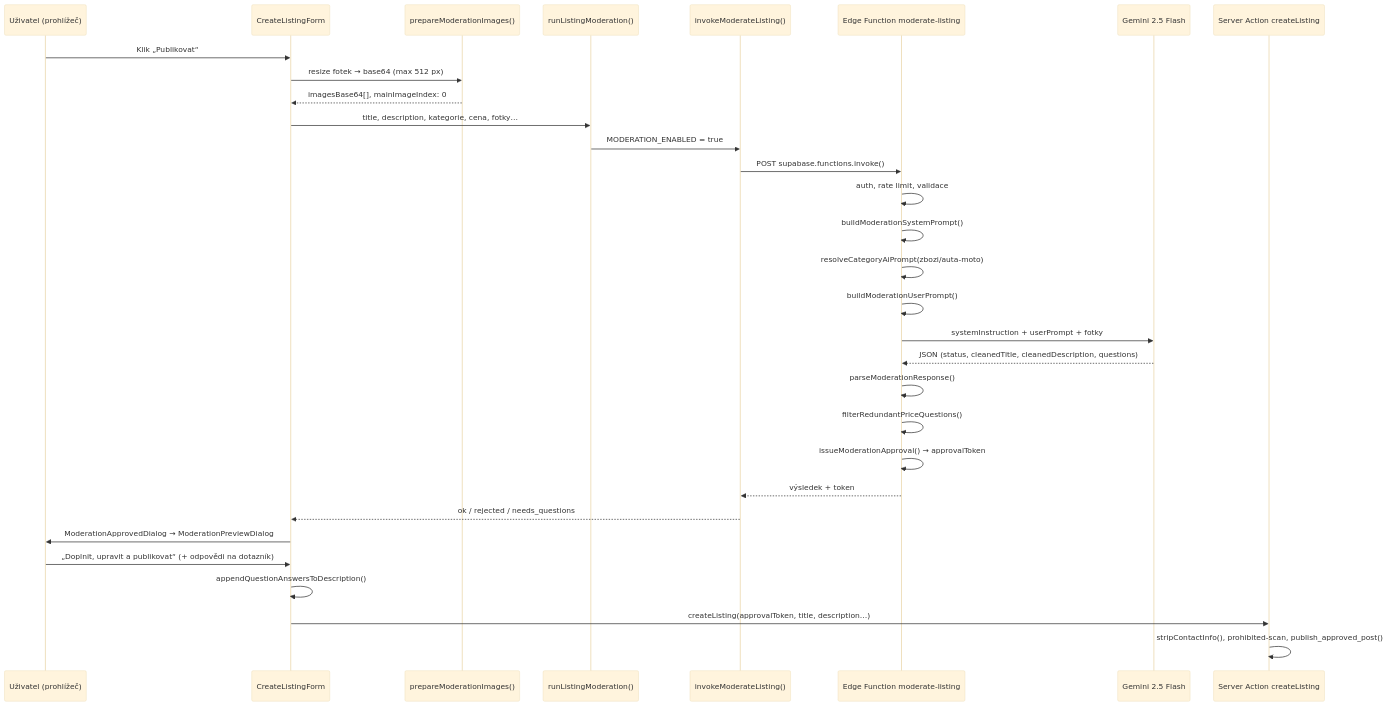
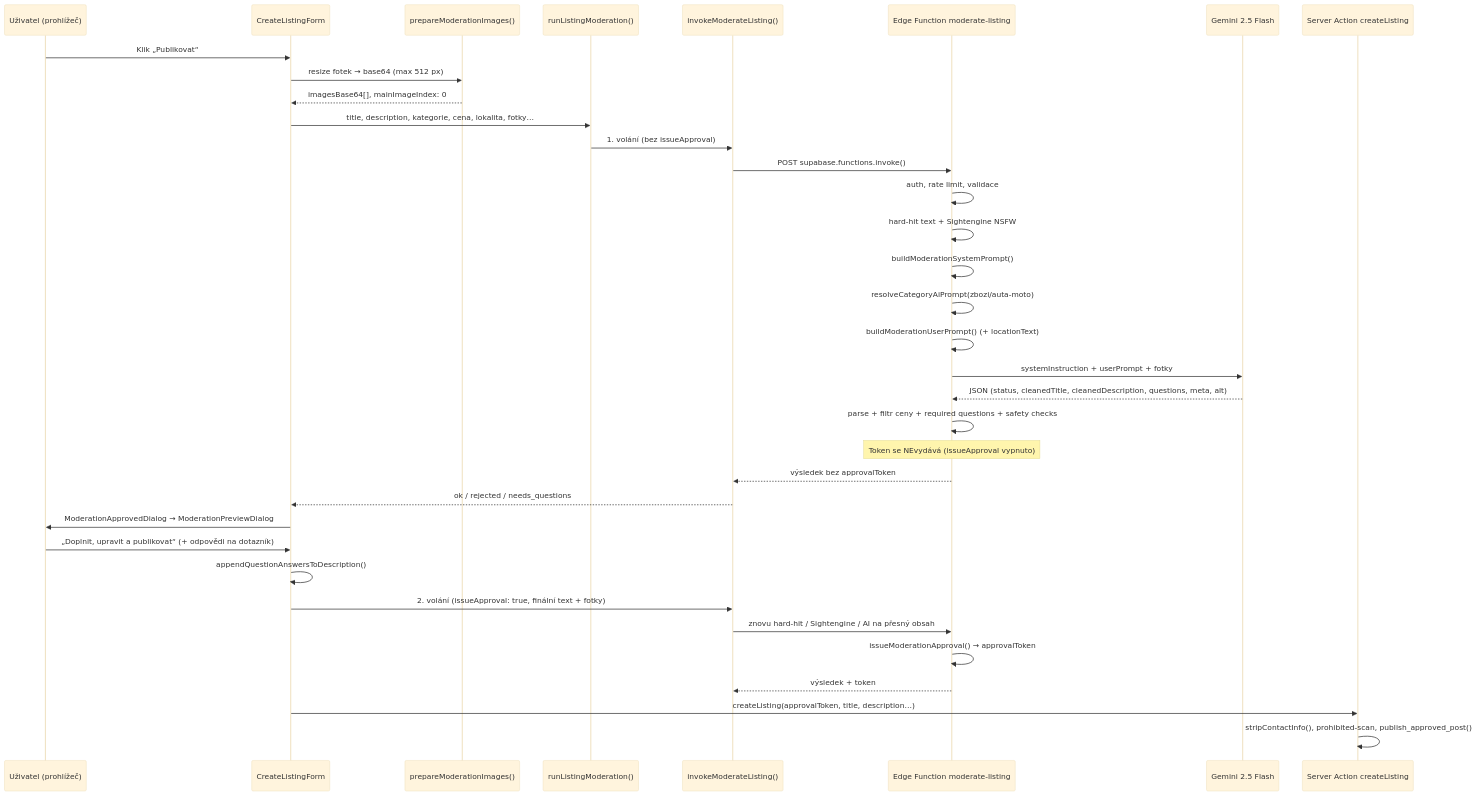
The diagram in docs/ukazka-moderace-hydratace.md (Radek1645/HobbyUserMarket), drawn with Mermaid (base theme) before and after one commit. The commit also changed other lines of this file and 11 other files, not shown here.

````diff
--- a/docs/ukazka-moderace-hydratace.md
+++ b/docs/ukazka-moderace-hydratace.md
@@ -27,34 +27,38 @@
 ```mermaid
 sequenceDiagram
     participant U as Uživatel (prohlížeč)
     participant CF as CreateListingForm
     participant PM as prepareModerationImages()
     participant RL as runListingModeration()
     participant CL as invokeModerateListing()
     participant EF as Edge Function moderate-listing
     participant AI as Gemini 2.5 Flash
     participant SA as Server Action createListing
 
     U->>CF: Klik „Publikovat“
     CF->>PM: resize fotek → base64 (max 512 px)
     PM-->>CF: imagesBase64[], mainImageIndex: 0
-    CF->>RL: title, description, kategorie, cena, fotky…
-    RL->>CL: MODERATION_ENABLED = true
+    CF->>RL: title, description, kategorie, cena, lokalita, fotky…
+    RL->>CL: 1. volání (bez issueApproval)
     CL->>EF: POST supabase.functions.invoke()
     EF->>EF: auth, rate limit, validace
+    EF->>EF: hard-hit text + Sightengine NSFW
     EF->>EF: buildModerationSystemPrompt()
     EF->>EF: resolveCategoryAiPrompt(zbozi/auta-moto)
-    EF->>EF: buildModerationUserPrompt()
+    EF->>EF: buildModerationUserPrompt() (+ locationText)
     EF->>AI: systemInstruction + userPrompt + fotky
-    AI-->>EF: JSON (status, cleanedTitle, cleanedDescription, questions)
-    EF->>EF: parseModerationResponse()
-    EF->>EF: filterRedundantPriceQuestions()
-    EF->>EF: issueModerationApproval() → approvalToken
-    EF-->>CL: výsledek + token
+    AI-->>EF: JSON (status, cleanedTitle, cleanedDescription, questions, meta, alt)
+    EF->>EF: parse + filtr ceny + required questions + safety checks
+    Note over EF: Token se NEvydává (issueApproval vypnuto)
+    EF-->>CL: výsledek bez approvalToken
     CL-->>CF: ok / rejected / needs_questions
     CF->>U: ModerationApprovedDialog → ModerationPreviewDialog
     U->>CF: „Doplnit, upravit a publikovat“ (+ odpovědi na dotazník)
     CF->>CF: appendQuestionAnswersToDescription()
+    CF->>CL: 2. volání (issueApproval: true, finální text + fotky)
+    CL->>EF: znovu hard-hit / Sightengine / AI na přesný obsah
+    EF->>EF: issueModerationApproval() → approvalToken
+    EF-->>CL: výsledek + token
     CF->>SA: createListing(approvalToken, title, description…)
     SA->>SA: stripContactInfo(), prohibited-scan, publish_approved_post()
 ```
````
